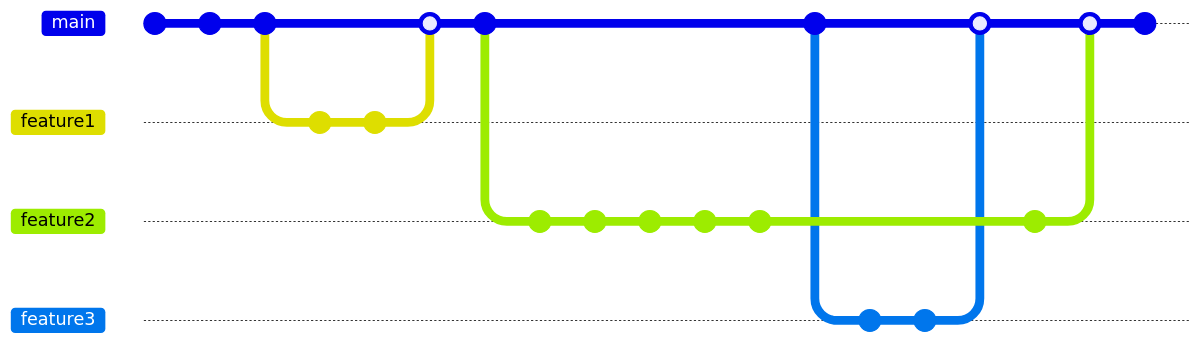
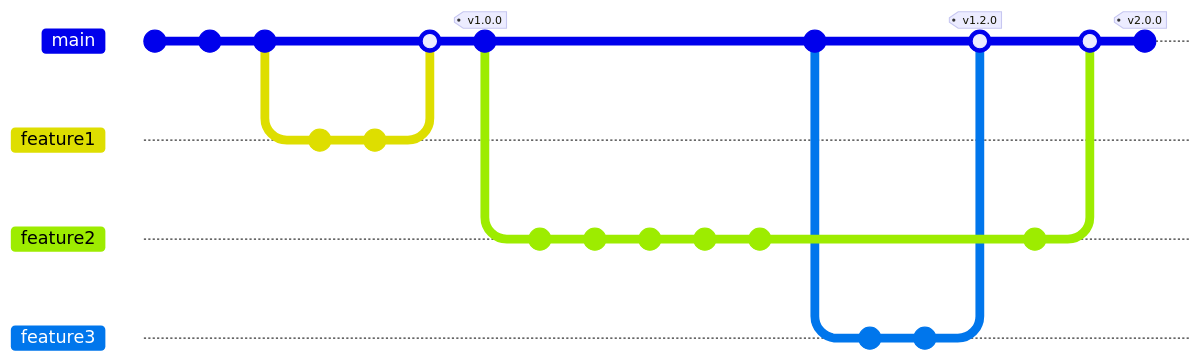
One commit to tvannoy/intro-to-git changed the diagram in slides.md. Above: the diagram before and after it, drawn with Mermaid. Commit ids are hidden.

Commit message:
add tags and scale git graph

````diff
--- a/slides.md
+++ b/slides.md
@@ -418,34 +418,33 @@
-```mermaid
+```mermaid {scale: 1.4}
 gitGraph:
   commit
   commit
   commit
   branch feature1
   checkout feature1
   commit
   commit
   checkout main
   merge feature1
-  commit
+  commit tag: "v1.0.0"
   branch feature2
   commit
   commit
   checkout feature2
   commit
   commit
   commit
   checkout main
-  commit
+  commit "v.1.1.0"
   branch feature3
   checkout feature3
   commit
   commit
   checkout main
-  merge feature3
+  merge feature3 tag: "v1.2.0"
   checkout feature2
   commit
   checkout main
   merge feature2
-  commit
-
+  commit tag: "v2.0.0"
 ```
````
